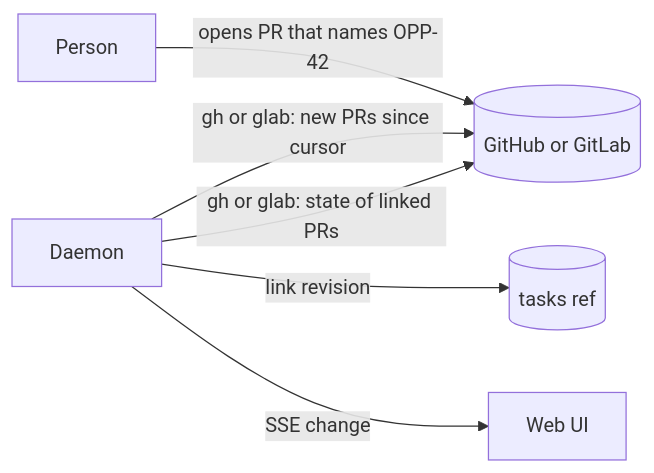
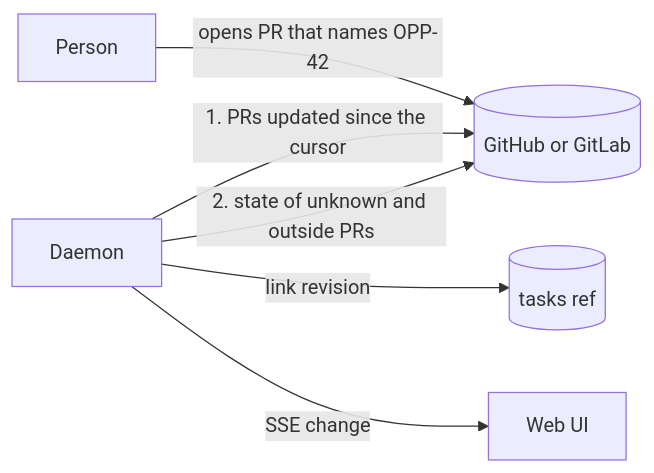
The diagram in tasks/00144-link-new-pull-requests-and-read-t.md (sukovanej/openplan), drawn with Mermaid before and after one commit. The commit also changed other lines of this file, not shown here.

````diff
--- a/tasks/00144-link-new-pull-requests-and-read-t.md
+++ b/tasks/00144-link-new-pull-requests-and-read-t.md
@@ -18,8 +20,8 @@
 ```mermaid
 flowchart LR
   person[Person] -->|opens PR that names OPP-42| forge[(GitHub or GitLab)]
-  daemon[Daemon] -->|gh or glab: new PRs since cursor| forge
-  daemon -->|gh or glab: state of linked PRs| forge
+  daemon[Daemon] -->|1. PRs updated since the cursor| forge
+  daemon -->|2. state of unknown and outside PRs| forge
   daemon -->|link revision| tasks[(tasks ref)]
   daemon -->|SSE change| web[Web UI]
 ```
````
